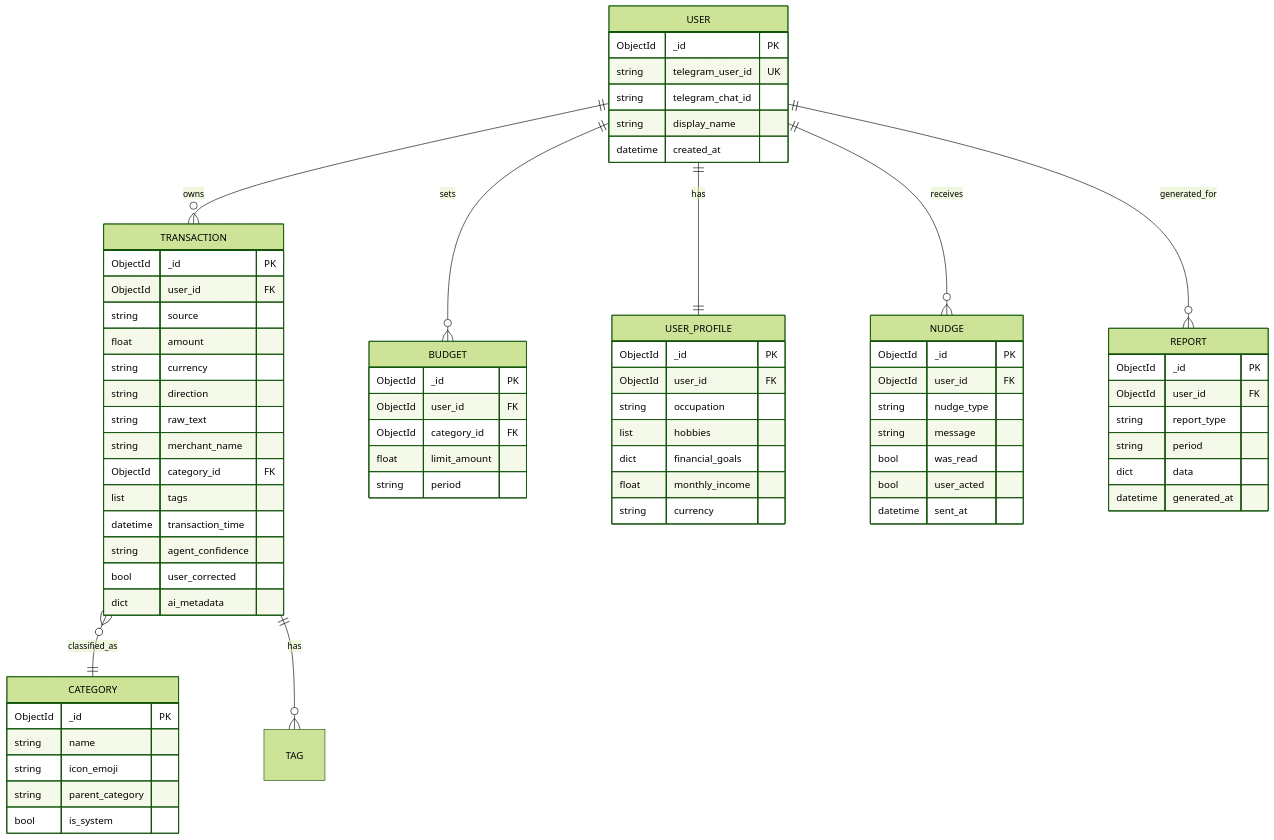
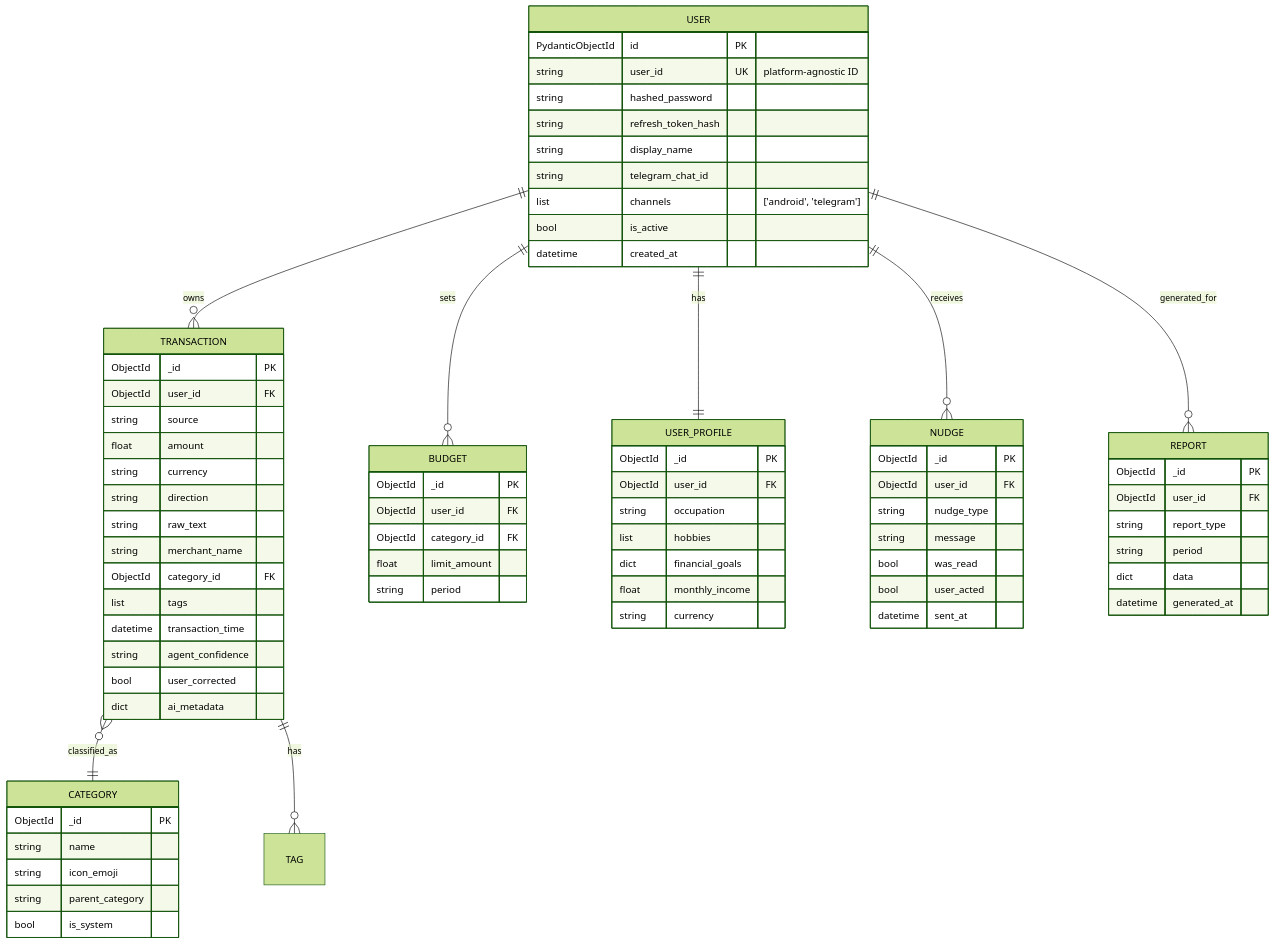
The diagram in docs/DATABASE.md (nqhuy44/chiwi), drawn with Mermaid (forest theme) before and after one commit. The commit also changed other lines of this file and 50 other files, not shown here.

Commit message:
refactor schema of the project, move to use ODM

```diff
--- a/docs/DATABASE.md
+++ b/docs/DATABASE.md
@@ -17,10 +17,14 @@
     USER ||--o{ REPORT : "generated_for"
 
     USER {
-        ObjectId _id PK
-        string telegram_user_id UK
+        PydanticObjectId id PK
+        string user_id UK "platform-agnostic ID"
+        string hashed_password
+        string refresh_token_hash
+        string display_name
         string telegram_chat_id
-        string display_name
+        list channels "['android', 'telegram']"
+        bool is_active
         datetime created_at
     }
 
```
